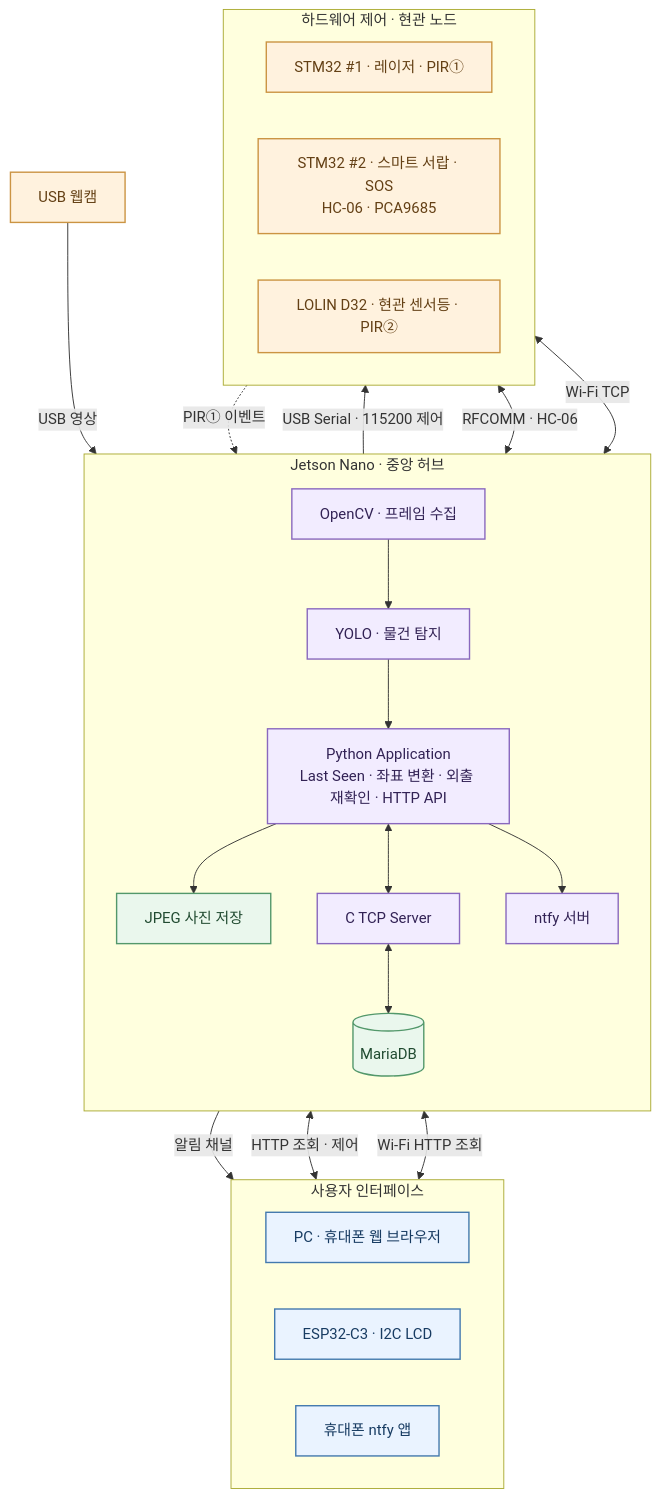
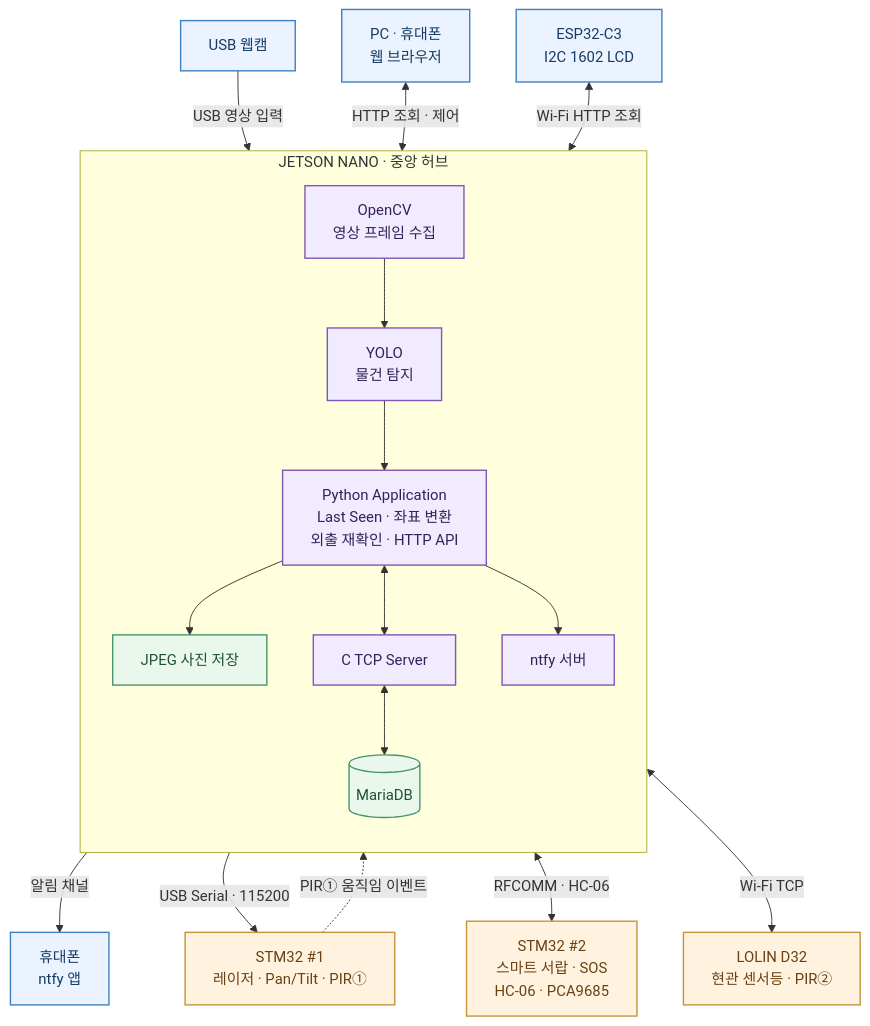
The first of 2 diagrams in README.md (dev-gabin/Retrace-Project), drawn with Mermaid before and after one commit. The commit also changed other lines of this file, not shown here.

Commit message:
REAME.md 시스템 구조도 수정2

````diff
--- a/README.md
+++ b/README.md
@@ -23,46 +32,53 @@
 ```mermaid
 flowchart TB
-    %% User-facing endpoints
-    subgraph USERS["사용자 인터페이스"]
-        direction LR
-        WEB["PC · 휴대폰 웹 브라우저"]
-        LCD["ESP32-C3 · I2C LCD"]
-        PHONE["휴대폰 ntfy 앱"]
+    CAM["USB 웹캠"]
+
+    subgraph HUB["JETSON NANO · 중앙 허브"]
+        direction TB
+
+        CV["OpenCV<br/>영상 프레임 수집"]
+        YOLO["YOLO<br/>물건 탐지"]
+        PY["Python Application<br/>Last Seen · 좌표 변환<br/>외출 재확인 · HTTP API"]
+
+        PHOTO["JPEG 사진 저장"]
+        TCP["C TCP Server"]
+        DB[("MariaDB")]
+        NTFY["ntfy 서버"]
+
+        CV --> YOLO --> PY
+        PY --> PHOTO
+        PY <--> TCP
+        TCP <--> DB
+        PY --> NTFY
     end
 
-    CAM["USB 웹캠"]
+    CAM -->|"USB 영상 입력"| CV
 
-    subgraph HUB["Jetson Nano · 중앙 허브"]
-        direction TB
-        CV["OpenCV · 프레임 수집"] --> YOLO["YOLO · 물건 탐지"] --> PY["Python Application<br/>Last Seen · 좌표 변환 · 외출 재확인 · HTTP API"]
-        PY --> PHOTO["JPEG 사진 저장"]
-        PY <--> TCP["C TCP Server"]
-        TCP <--> DB[("MariaDB")]
-        PY --> NTFY["ntfy 서버"]
-    end
+    WEB["PC · 휴대폰<br/>웹 브라우저"]
+    LCD["ESP32-C3<br/>I2C 1602 LCD"]
+    PHONE["휴대폰<br/>ntfy 앱"]
 
-    subgraph DEVICES["하드웨어 제어 · 현관 노드"]
-        direction LR
-        MAIN["STM32 #1 · 레이저 · PIR①"]
-        DRAWER["STM32 #2 · 스마트 서랍 · SOS<br/>HC-06 · PCA9685"]
-        ENTRANCE["LOLIN D32 · 현관 센서등 · PIR②"]
-    end
+    MAIN["STM32 #1<br/>레이저 · Pan/Tilt · PIR①"]
+    DRAWER["STM32 #2<br/>스마트 서랍 · SOS<br/>HC-06 · PCA9685"]
+    ENTRANCE["LOLIN D32<br/>현관 센서등 · PIR②"]
 
-    CAM -->|"USB 영상"| CV
     WEB <-->|"HTTP 조회 · 제어"| PY
     LCD <-->|"Wi-Fi HTTP 조회"| PY
     NTFY -->|"알림 채널"| PHONE
-    PY -->|"USB Serial · 115200 제어"| MAIN
-    MAIN -.->|"PIR① 이벤트"| PY
+
+    PY -->|"USB Serial · 115200"| MAIN
+    MAIN -.->|"PIR① 움직임 이벤트"| PY
+
     TCP <-->|"RFCOMM · HC-06"| DRAWER
     TCP <-->|"Wi-Fi TCP"| ENTRANCE
 
-    classDef interface fill:#EAF3FF,stroke:#4379AE,color:#173B62,stroke-width:1.5px
-    classDef processing fill:#F2ECFF,stroke:#8968BE,color:#322255,stroke-width:1.5px
-    classDef storage fill:#EAF7ED,stroke:#53986B,color:#214B31,stroke-width:1.5px
-    classDef hardware fill:#FFF2DE,stroke:#CB9443,color:#644015,stroke-width:1.5px
-    class WEB,LCD,PHONE interface
-    class CV,YOLO,PY,TCP,NTFY processing
+    classDef input fill:#EAF3FF,stroke:#3B82C4,color:#173B62,stroke-width:1.5px
+    classDef process fill:#F1EBFF,stroke:#8057B4,color:#352057,stroke-width:1.5px
+    classDef storage fill:#EAF7ED,stroke:#489567,color:#205137,stroke-width:1.5px
+    classDef hardware fill:#FFF2DF,stroke:#CB9139,color:#694114,stroke-width:1.5px
+
+    class CAM,WEB,LCD,PHONE input
+    class CV,YOLO,PY,TCP,NTFY process
     class PHOTO,DB storage
-    class CAM,MAIN,DRAWER,ENTRANCE hardware
+    class MAIN,DRAWER,ENTRANCE hardware
 ```
````
